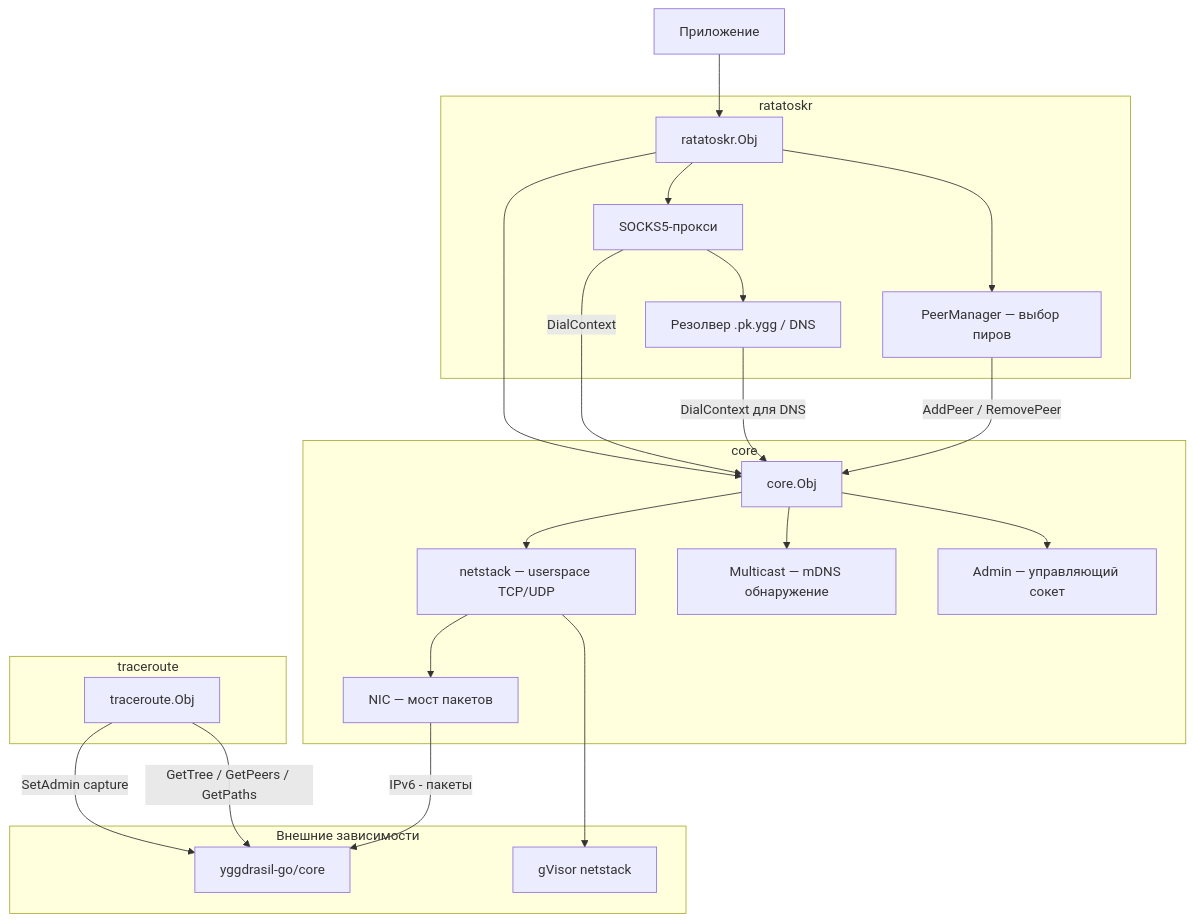
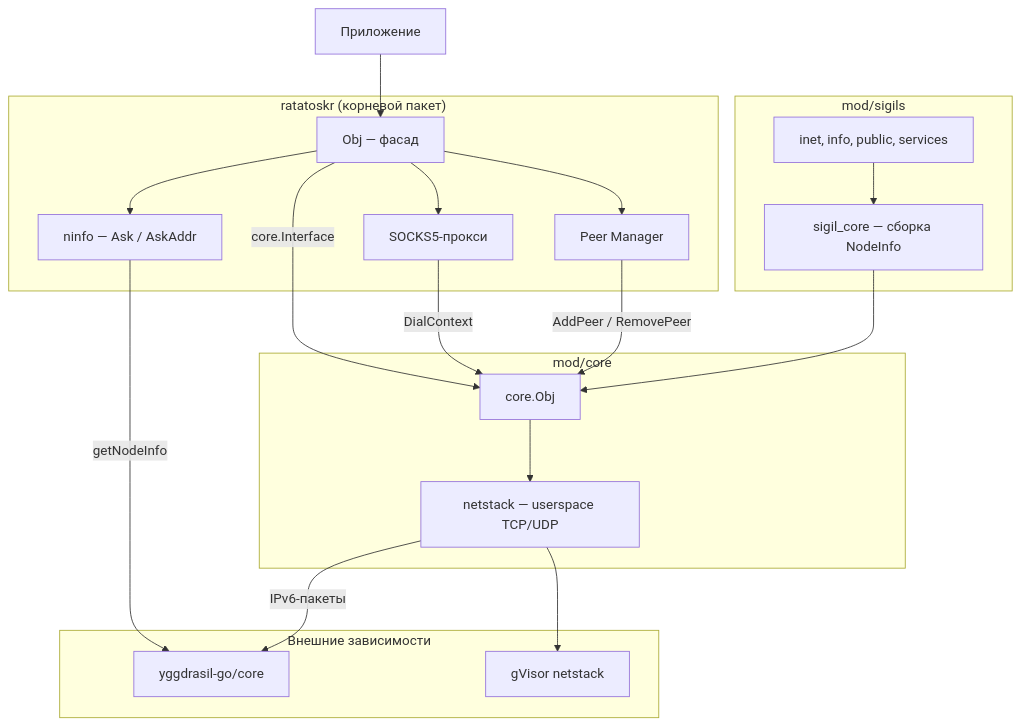
Before and after one commit to voluminor/ratatoskr: the first of 6 diagrams in README.RU.md, drawn with Mermaid. The commit also changed other lines of this file and 109 other files, not shown here.

````diff
--- a/README.RU.md
+++ b/README.RU.md
@@ -157,47 +125,40 @@
 ```mermaid
-graph TB
+flowchart TB
     App[Приложение]
 
-subgraph ratatoskr
-Obj[ratatoskr.Obj]
-SOCKS[SOCKS5-прокси]
-Resolver[Резолвер .pk.ygg / DNS]
-PeerMgr[PeerManager — выбор пиров]
-end
+  subgraph ratatoskr["ratatoskr (корневой пакет)"]
+    Obj["Obj — фасад"]
+    SOCKS["SOCKS5-прокси"]
+    PeerMgr["Peer Manager"]
+    NInfo["ninfo — Ask / AskAddr"]
+  end
 
-subgraph traceroute
-TR[traceroute.Obj]
-end
+  subgraph core["mod/core"]
+    CoreObj["core.Obj"]
+    Netstack["netstack — userspace TCP/UDP"]
+  end
 
-subgraph core
-CoreObj[core.Obj]
-Netstack[netstack — userspace TCP/UDP]
-NIC[NIC — мост пакетов]
-Multicast[Multicast — mDNS обнаружение]
-Admin[Admin — управляющий сокет]
-end
+  subgraph sigils["mod/sigils"]
+    SigilCore["sigil_core — сборка NodeInfo"]
+    Sigils["inet, info, public, services"]
+  end
 
-subgraph external [Внешние зависимости]
-YggCore[yggdrasil-go/core]
-gVisor[gVisor netstack]
-end
+  subgraph external["Внешние зависимости"]
+    YggCore["yggdrasil-go/core"]
+    gVisor["gVisor netstack"]
+  end
 
-App --> Obj
-Obj --> CoreObj
-Obj --> SOCKS
-Obj --> PeerMgr
-SOCKS --> Resolver
-SOCKS -->|DialContext|CoreObj
-Resolver -->|DialContext для DNS|CoreObj
-PeerMgr -->|AddPeer / RemovePeer|CoreObj
-
-TR -->|SetAdmin capture|YggCore
-TR -->|GetTree / GetPeers / GetPaths|YggCore
-
-CoreObj --> Netstack
-CoreObj --> Multicast
-CoreObj --> Admin
-Netstack --> NIC
-NIC -->|IPv6 - пакеты|YggCore
-Netstack --> gVisor
+  App --> Obj
+  Obj -->|" core.Interface "| CoreObj
+  Obj --> SOCKS
+  Obj --> PeerMgr
+  Obj --> NInfo
+  NInfo -->|" getNodeInfo "| YggCore
+  SOCKS -->|" DialContext "| CoreObj
+  PeerMgr -->|" AddPeer / RemovePeer "| CoreObj
+  SigilCore --> CoreObj
+  Sigils --> SigilCore
+  CoreObj --> Netstack
+  Netstack --> gVisor
+  Netstack -->|" IPv6-пакеты "| YggCore
 ```
````
